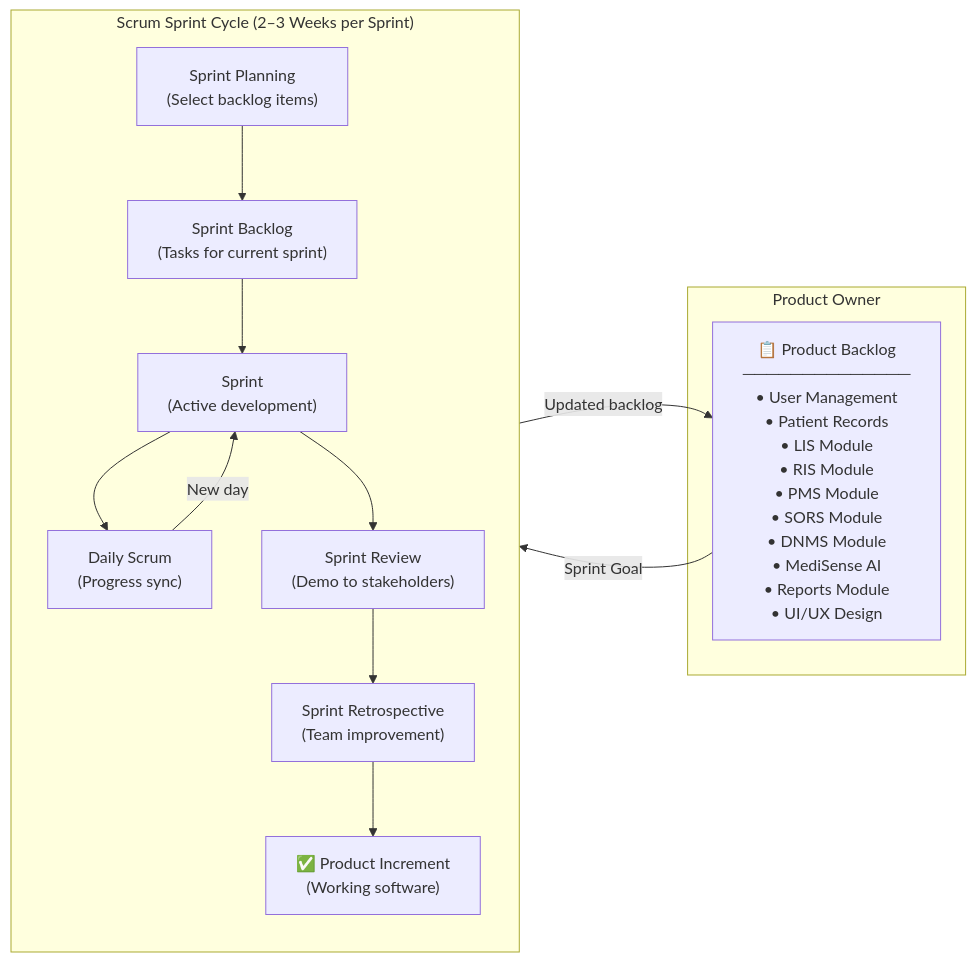
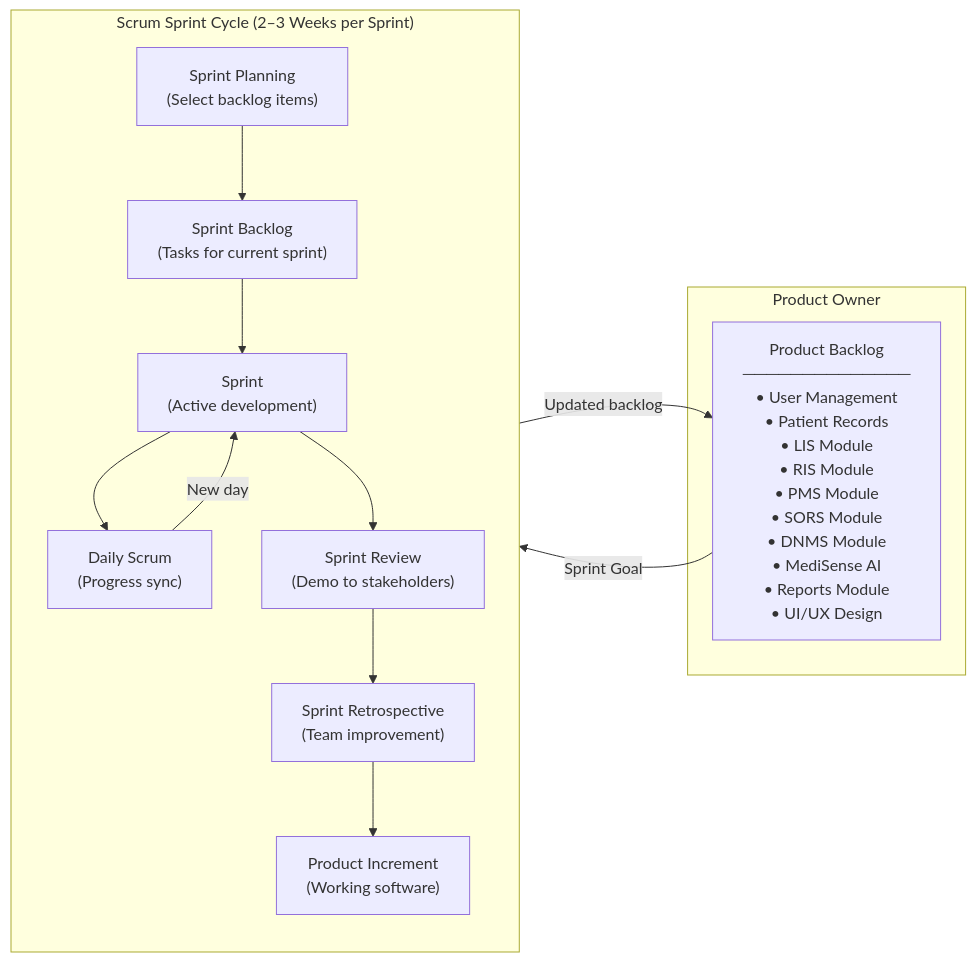
Before and after one commit to Lesthermonleon/DTCS: the first of 14 diagrams in hims_14_diagrams.md, drawn with Mermaid. The commit also changed other lines of this file and 98 other files, not shown here.

Commit message:
feat: adopt ditc_hms_schema.sql as database single source of truth and remove obsolete migrations/seeders

````diff
--- a/hims_14_diagrams.md
+++ b/hims_14_diagrams.md
@@ -11,25 +11,25 @@
 ```mermaid
 graph LR
     subgraph PO["Product Owner"]
-        PB["📋 Product Backlog\n──────────────\n• User Management\n• Patient Records\n• LIS Module\n• RIS Module\n• PMS Module\n• SORS Module\n• DNMS Module\n• MediSense AI\n• Reports Module\n• UI/UX Design"]
+        PB["Product Backlog\n──────────────\n• User Management\n• Patient Records\n• LIS Module\n• RIS Module\n• PMS Module\n• SORS Module\n• DNMS Module\n• MediSense AI\n• Reports Module\n• UI/UX Design"]
     end
 
     subgraph SPRINT_CYCLE["Scrum Sprint Cycle (2–3 Weeks per Sprint)"]
         direction TB
         SP["Sprint Planning\n(Select backlog items)"]
         SB["Sprint Backlog\n(Tasks for current sprint)"]
         S["Sprint\n(Active development)"]
         DS["Daily Scrum\n(Progress sync)"]
         SR["Sprint Review\n(Demo to stakeholders)"]
         RETRO["Sprint Retrospective\n(Team improvement)"]
-        INC["✅ Product Increment\n(Working software)"]
+        INC["Product Increment\n(Working software)"]
 
         SP --> SB --> S
         S --> DS
         DS -->|New day| S
         S --> SR --> RETRO --> INC
     end
 
     PB -->|Sprint Goal| SP
     INC -->|Updated backlog| PB
 ```
````
